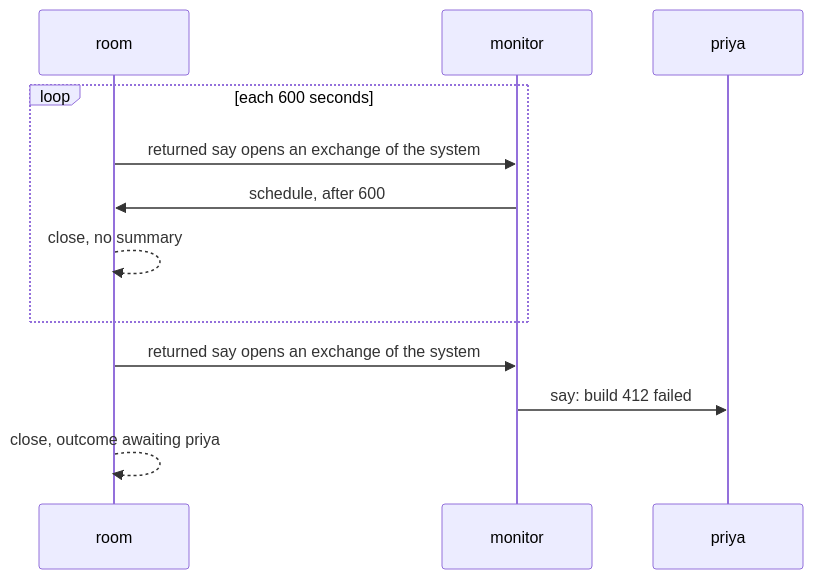
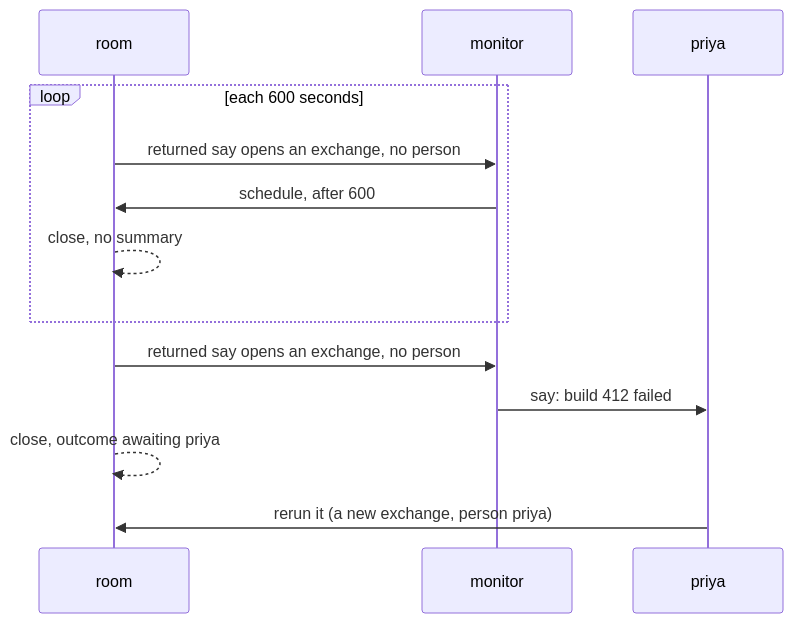
One commit to ambionframework/ambion changed the diagram in planning/system.md. Above: the diagram before and after it, drawn with Mermaid. The commit also changed other lines of this file, not shown here.

First line of the commit message:
Rewrite the system proposal without an exchange owner

````diff
--- a/planning/system.md
+++ b/planning/system.md
@@ -124,14 +156,15 @@
 ```mermaid
 sequenceDiagram
     participant R as room
     participant W as monitor
     participant P as priya
     loop each 600 seconds
-        R->>W: returned say opens an exchange of the system
+        R->>W: returned say opens an exchange, no person
         W->>R: schedule, after 600
         R-->>R: close, no summary
     end
-    R->>W: returned say opens an exchange of the system
+    R->>W: returned say opens an exchange, no person
     W->>P: say: build 412 failed
     R-->>R: close, outcome awaiting priya
+    P->>R: rerun it (a new exchange, person priya)
 ```
````
